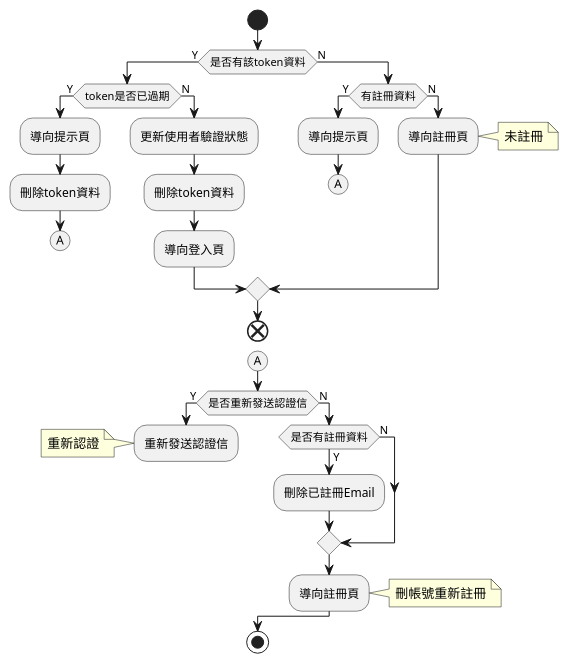
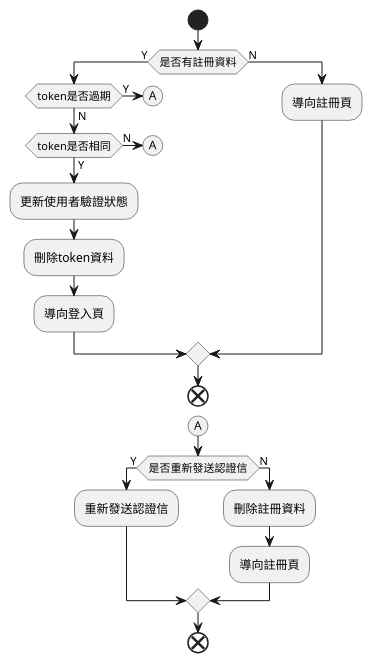
Before and after one commit to CH0817/my-practices: the diagram in src/main/resources/uml/email_verify.puml, drawn with PlantUML.

Commit message:
調整註冊驗證流程

```diff
--- a/src/main/resources/uml/email_verify.puml
+++ b/src/main/resources/uml/email_verify.puml
@@ -1,45 +1,27 @@
 @startuml
 start
-    if(是否有該token資料) then (Y)
-        if(token是否已過期) then (Y)
-            :導向提示頁;
-            :刪除token資料;
+    if(是否有註冊資料) then (Y)
+        if(token是否過期) then (Y)
             (A)
-            detach
         else (N)
-            :更新使用者驗證狀態;
-            :刪除token資料;
-            :導向登入頁;
+            if(token是否相同) then (Y)
+                :更新使用者驗證狀態;
+                :刪除token資料;
+                :導向登入頁;
+            else (N)
+                (A)
+            endif
         endif
     else (N)
-        if(有註冊資料) then (Y)
-            :導向提示頁;
-            (A)
-            detach
-        else (N)
-            :導向註冊頁;
-            note right
-                未註冊
-            end note
-        endif
+        :導向註冊頁;
     endif
 end
 (A)
 if(是否重新發送認證信) then (Y)
     :重新發送認證信;
-    note left
-        重新認證
-    end note
-    detach
 else (N)
-    if(是否有註冊資料) then (Y)
-        :刪除已註冊Email;
-    else (N)
-    endif
+    :刪除註冊資料;
     :導向註冊頁;
-    note right
-        刪帳號重新註冊
-    end note
 endif
-stop
+end
 @enduml
```
